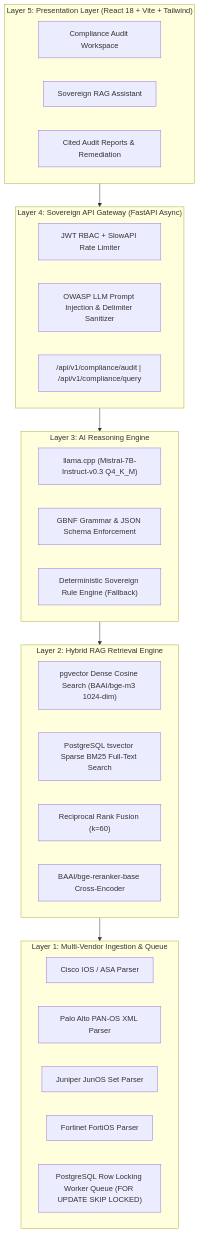
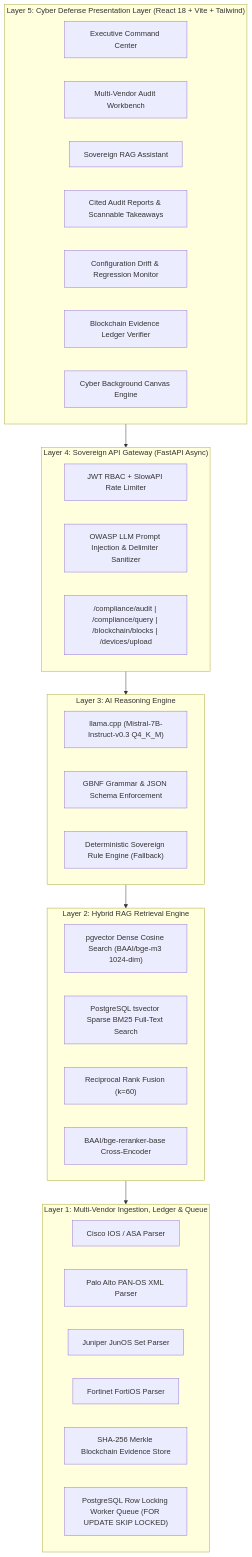
Before and after one commit to naveencmy/AEGIS_V0.0.2: the diagram in README.md, drawn with Mermaid. The commit also changed other lines of this file and 19 other files, not shown here.

Commit message:
feat(ui): add cyber electric cyan theme, animated defense background, evidence & documentation navigation

````diff
--- a/README.md
+++ b/README.md
@@ -51,40 +69,45 @@
 ```mermaid
 flowchart TD
-    subgraph UI["Layer 5: Presentation Layer (React 18 + Vite + Tailwind)"]
-        UI_Audit["Compliance Audit Workspace"]
+    subgraph UI["Layer 5: Cyber Defense Presentation Layer (React 18 + Vite + Tailwind)"]
+        UI_Dash["Executive Command Center"]
+        UI_Audit["Multi-Vendor Audit Workbench"]
         UI_RAG["Sovereign RAG Assistant"]
-        UI_Report["Cited Audit Reports & Remediation"]
+        UI_Report["Cited Audit Reports & Scannable Takeaways"]
+        UI_Drift["Configuration Drift & Regression Monitor"]
+        UI_Block["Blockchain Evidence Ledger Verifier"]
+        UI_Bg["Cyber Background Canvas Engine"]
     end
 
     subgraph API["Layer 4: Sovereign API Gateway (FastAPI Async)"]
         GW_Auth["JWT RBAC + SlowAPI Rate Limiter"]
         GW_Guard["OWASP LLM Prompt Injection & Delimiter Sanitizer"]
-        GW_Endpoints["/api/v1/compliance/audit | /api/v1/compliance/query"]
+        GW_Endpoints["/compliance/audit | /compliance/query | /blockchain/blocks | /devices/upload"]
     end
 
     subgraph AI["Layer 3: AI Reasoning Engine"]
         LLM["llama.cpp (Mistral-7B-Instruct-v0.3 Q4_K_M)"]
         GBNF["GBNF Grammar & JSON Schema Enforcement"]
         Fallback["Deterministic Sovereign Rule Engine (Fallback)"]
     end
 
     subgraph RAG["Layer 2: Hybrid RAG Retrieval Engine"]
         HNSW["pgvector Dense Cosine Search (BAAI/bge-m3 1024-dim)"]
         BM25["PostgreSQL tsvector Sparse BM25 Full-Text Search"]
         RRF["Reciprocal Rank Fusion (k=60)"]
         Rerank["BAAI/bge-reranker-base Cross-Encoder"]
     end
 
-    subgraph Ingestion["Layer 1: Multi-Vendor Ingestion & Queue"]
+    subgraph Ingestion["Layer 1: Multi-Vendor Ingestion, Ledger & Queue"]
         P_Cisco["Cisco IOS / ASA Parser"]
         P_Palo["Palo Alto PAN-OS XML Parser"]
         P_Juniper["Juniper JunOS Set Parser"]
         P_Forti["Fortinet FortiOS Parser"]
+        Ledger["SHA-256 Merkle Blockchain Evidence Store"]
         Queue["PostgreSQL Row Locking Worker Queue (FOR UPDATE SKIP LOCKED)"]
     end
 
     UI --> API
     API --> AI
     AI --> RAG
     RAG --> Ingestion
 ```
````
